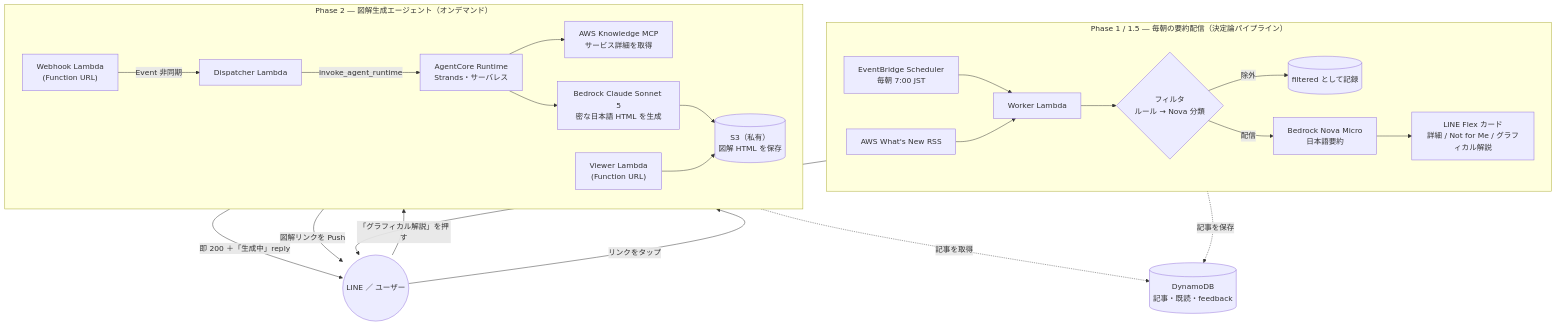
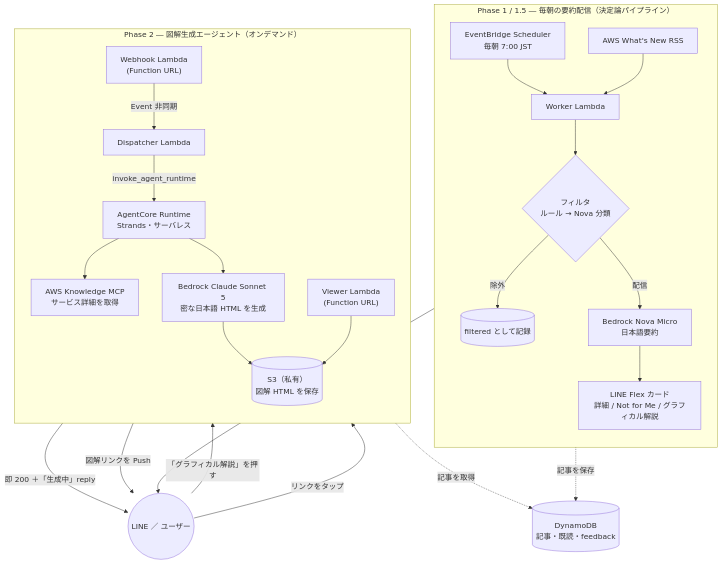
Before and after one commit to tetutetu214/aws-whatsnew-agent: the diagram in README.md, drawn with Mermaid.

Commit message:
docs(readme): 構成図を上から下（縦）方向のフローに変更

````diff
--- a/README.md
+++ b/README.md
@@ -14,34 +14,34 @@
 ```mermaid
 flowchart TB
   subgraph P1["Phase 1 / 1.5 ― 毎朝の要約配信（決定論パイプライン）"]
-    direction LR
+    direction TB
     SCH["EventBridge Scheduler<br/>毎朝 7:00 JST"] --> W["Worker Lambda"]
     RSS["AWS What's New RSS"] --> W
     W --> FIL{"フィルタ<br/>ルール → Nova 分類"}
     FIL -->|除外| FLT[("filtered として記録")]
     FIL -->|配信| SUM["Bedrock Nova Micro<br/>日本語要約"]
     SUM --> CARD["LINE Flex カード<br/>詳細 / Not for Me / グラフィカル解説"]
   end
 
   DDB[("DynamoDB<br/>記事・既読・feedback")]
   LINE(("LINE ／ ユーザー"))
 
   W -. 記事を保存 .-> DDB
   CARD --> LINE
   LINE -->|「グラフィカル解説」を押す| WH
 
   subgraph P2["Phase 2 ― 図解生成エージェント（オンデマンド）"]
-    direction LR
+    direction TB
     WH["Webhook Lambda<br/>(Function URL)"] -->|Event 非同期| DIS["Dispatcher Lambda"]
     DIS -->|invoke_agent_runtime| AC["AgentCore Runtime<br/>Strands・サーバレス"]
     AC --> MCP["AWS Knowledge MCP<br/>サービス詳細を取得"]
     AC --> CLA["Bedrock Claude Sonnet 5<br/>密な日本語 HTML を生成"]
     CLA --> S3[("S3（私有）<br/>図解 HTML を保存")]
     VIEW["Viewer Lambda<br/>(Function URL)"] --> S3
   end
 
   WH -->|即 200 ＋「生成中」reply| LINE
   AC -. 記事を取得 .-> DDB
   AC -->|図解リンクを Push| LINE
   LINE -->|リンクをタップ| VIEW
 ```
````
